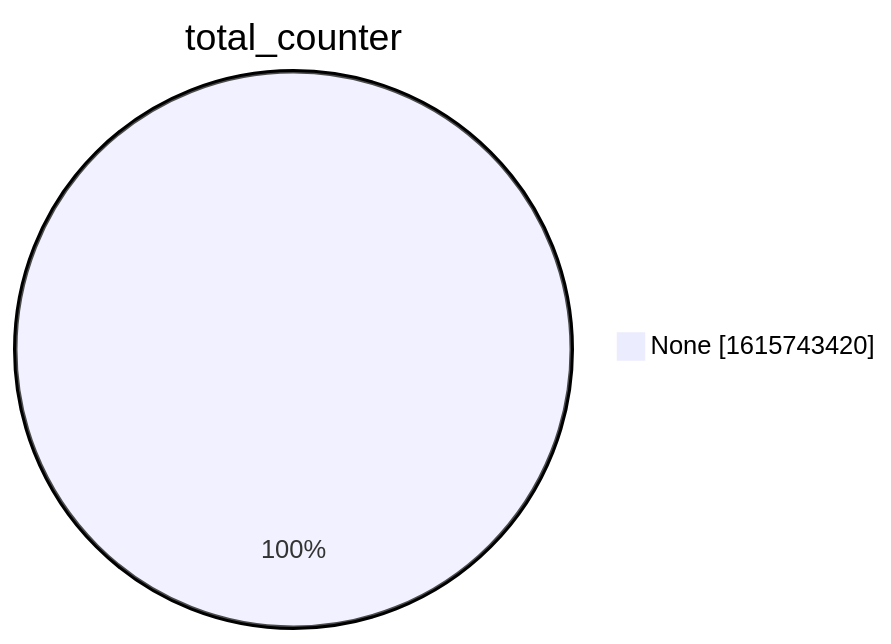
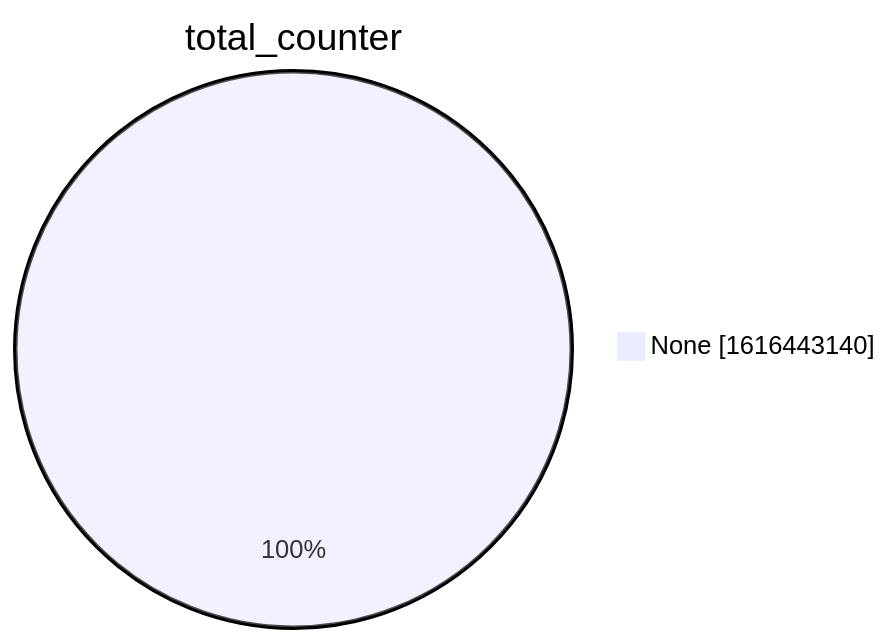
Before and after one commit to christiankrug/ctmonitor_visualization: the second of 15 diagrams in xenon2022/README.md, drawn with Mermaid. The commit also changed other lines of this file, not shown here.

````diff
--- a/xenon2022/README.md
+++ b/xenon2022/README.md
@@ -9,5 +9,5 @@
 ```mermaid
 pie showData
 title total_counter
-"None" :1615743420
+"None" :1616443140
 ```
````
